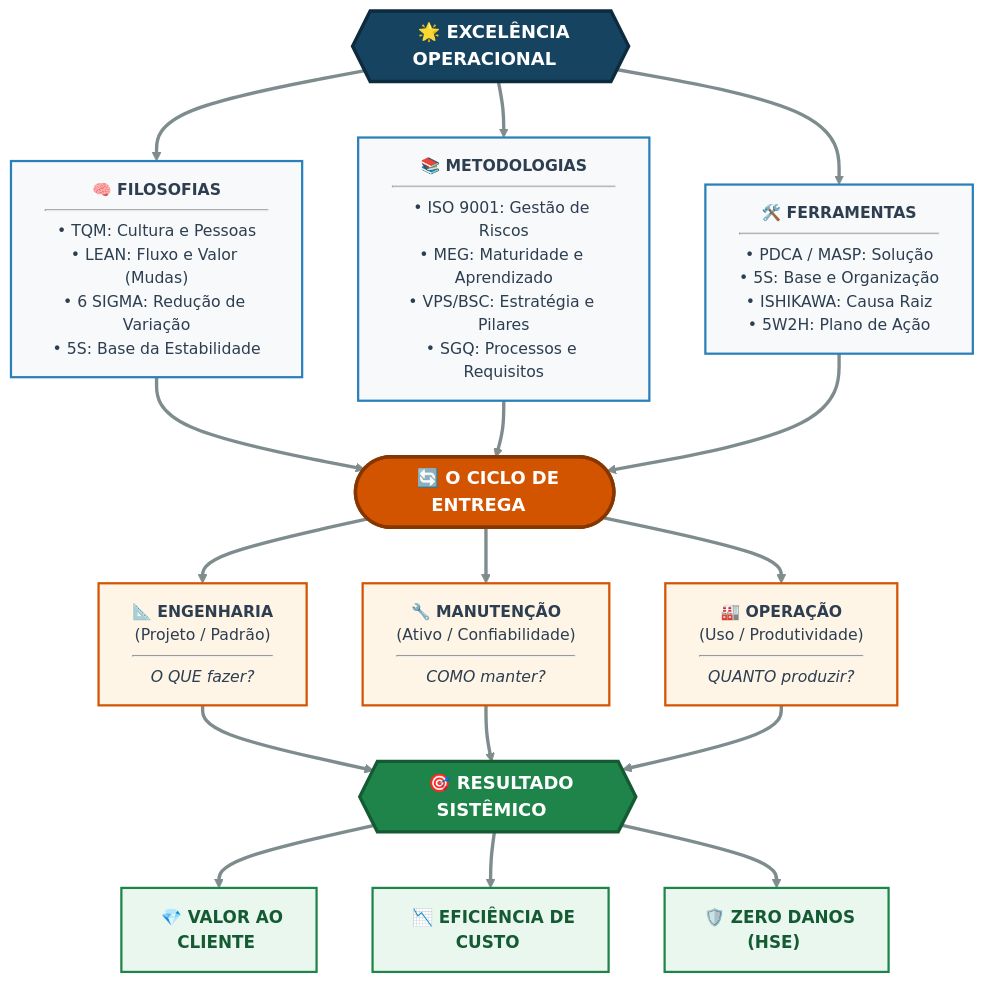
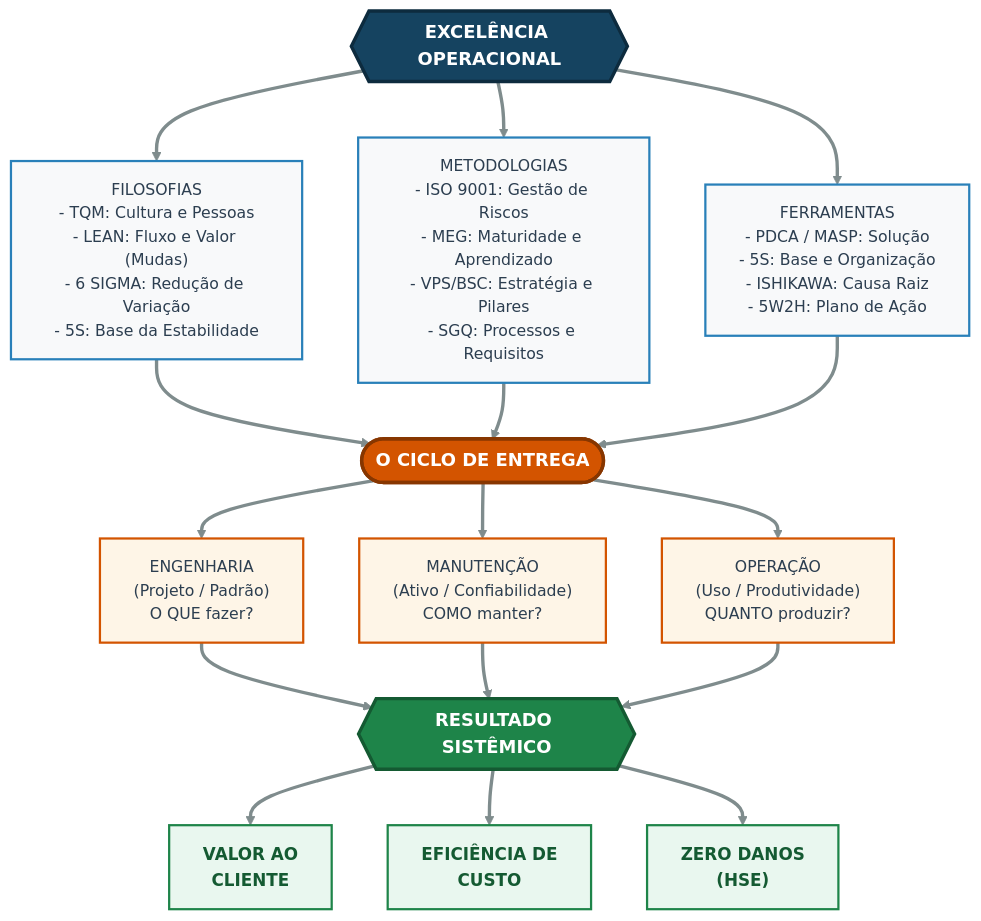
Before and after one commit to rafasfer2/MiningAnalyticsBook: the tenth of 10 diagrams in chapters/cap2-modelos-gestao.qmd, drawn with Mermaid. The commit also changed other lines of this file and 3 other files, not shown here.

Commit message:
Cap2: corrigir render dos diagramas Mermaid e atualizar output

````diff
--- a/chapters/cap2-modelos-gestao.qmd
+++ b/chapters/cap2-modelos-gestao.qmd
@@ -1337,57 +1336,56 @@
 ```{mermaid}
 %%| label: fig-excelencia-operacional
 %%| fig-cap: "Modelo Sistêmico de Excelência Operacional"
 
 flowchart TD
 
     %% --- CONFIGURAÇÃO DE ESTILOS (Design em Camadas) ---
     classDef topo fill:#154360,stroke:#0d2b3e,stroke-width:3px,color:#ffffff,font-size:16px,font-weight:bold
     classDef pilares fill:#f8f9fa,stroke:#2980b9,stroke-width:2px,color:#2c3e50,font-size:14px
     classDef ciclo fill:#d35400,stroke:#873600,stroke-width:3px,color:#ffffff,font-size:16px,font-weight:bold
     classDef entrega fill:#fef5e7,stroke:#d35400,stroke-width:2px,color:#2c3e50,font-size:14px
     classDef result fill:#1e8449,stroke:#145a32,stroke-width:3px,color:#ffffff,font-size:16px,font-weight:bold
     classDef base fill:#e9f7ef,stroke:#1e8449,stroke-width:2px,color:#145a32,font-size:15px,font-weight:bold
 
     %% --- NÍVEL 1: O ALICERCE ESTRATÉGICO ---
-    EXC{{"&nbsp;&nbsp;🌟 EXCELÊNCIA OPERACIONAL&nbsp;&nbsp;"}}
+    EXC{{"EXCELÊNCIA OPERACIONAL"}}
 
-    %% ATENÇÃO: Quando se usa tags HTML como <b> e <hr>, o Mermaid exige o uso de <br> no lugar de \n
-    F["<b>🧠 FILOSOFIAS</b><hr>• TQM: Cultura e Pessoas<br>• LEAN: Fluxo e Valor (Mudas)<br>• 6 SIGMA: Redução de Variação<br>• 5S: Base da Estabilidade"]
-    M["<b>📚 METODOLOGIAS</b><hr>• ISO 9001: Gestão de Riscos<br>• MEG: Maturidade e Aprendizado<br>• VPS/BSC: Estratégia e Pilares<br>• SGQ: Processos e Requisitos"]
-    T["<b>🛠️ FERRAMENTAS</b><hr>• PDCA / MASP: Solução<br>• 5S: Base e Organização<br>• ISHIKAWA: Causa Raiz<br>• 5W2H: Plano de Ação"]
+    F["FILOSOFIAS<br/>- TQM: Cultura e Pessoas<br/>- LEAN: Fluxo e Valor (Mudas)<br/>- 6 SIGMA: Redução de Variação<br/>- 5S: Base da Estabilidade"]
+    M["METODOLOGIAS<br/>- ISO 9001: Gestão de Riscos<br/>- MEG: Maturidade e Aprendizado<br/>- VPS/BSC: Estratégia e Pilares<br/>- SGQ: Processos e Requisitos"]
+    T["FERRAMENTAS<br/>- PDCA / MASP: Solução<br/>- 5S: Base e Organização<br/>- ISHIKAWA: Causa Raiz<br/>- 5W2H: Plano de Ação"]
 
     EXC ==> F & M & T
 
     %% --- NÍVEL 2: A TRANSIÇÃO PARA A PRÁTICA ---
-    CICLO(["&nbsp;&nbsp;🔄 O CICLO DE ENTREGA&nbsp;&nbsp;"])
+    CICLO(["O CICLO DE ENTREGA"])
 
     F & M & T ==> CICLO
 
-    ENG["<b>📐 ENGENHARIA</b><br>(Projeto / Padrão)<hr><i>O QUE fazer?</i>"]
-    MAN["<b>🔧 MANUTENÇÃO</b><br>(Ativo / Confiabilidade)<hr><i>COMO manter?</i>"]
-    OPE["<b>🏭 OPERAÇÃO</b><br>(Uso / Produtividade)<hr><i>QUANTO produzir?</i>"]
+    ENG["ENGENHARIA<br/>(Projeto / Padrão)<br/>O QUE fazer?"]
+    MAN["MANUTENÇÃO<br/>(Ativo / Confiabilidade)<br/>COMO manter?"]
+    OPE["OPERAÇÃO<br/>(Uso / Produtividade)<br/>QUANTO produzir?"]
 
     CICLO ==> ENG & MAN & OPE
 
     %% --- NÍVEL 3: O IMPACTO NO NEGÓCIO ---
-    RES{{"&nbsp;&nbsp;🎯 RESULTADO SISTÊMICO&nbsp;&nbsp;"}}
+    RES{{"RESULTADO SISTÊMICO"}}
 
     ENG & MAN & OPE ==> RES
 
-    V["&nbsp;💎 VALOR AO<br>CLIENTE&nbsp;"]
-    C["&nbsp;📉 EFICIÊNCIA DE<br>CUSTO&nbsp;"]
-    Z["&nbsp;🛡️ ZERO DANOS<br>(HSE)&nbsp;"]
+    V["VALOR AO<br/>CLIENTE"]
+    C["EFICIÊNCIA DE<br/>CUSTO"]
+    Z["ZERO DANOS<br/>(HSE)"]
 
     RES ==> V & C & Z
 
     %% --- ESTILIZAÇÃO DAS LINHAS ---
     linkStyle default stroke:#7f8c8d,stroke-width:3px
 
     %% --- APLICAÇÃO DAS CLASSES ---
     class EXC topo;
     class F,M,T pilares;
     class CICLO ciclo;
     class ENG,MAN,OPE entrega;
     class RES result;
     class V,C,Z base;
 ```
````
